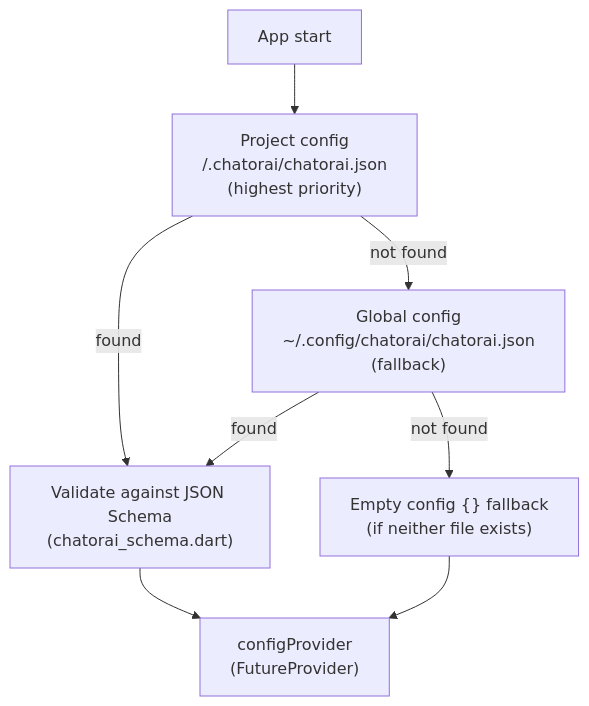
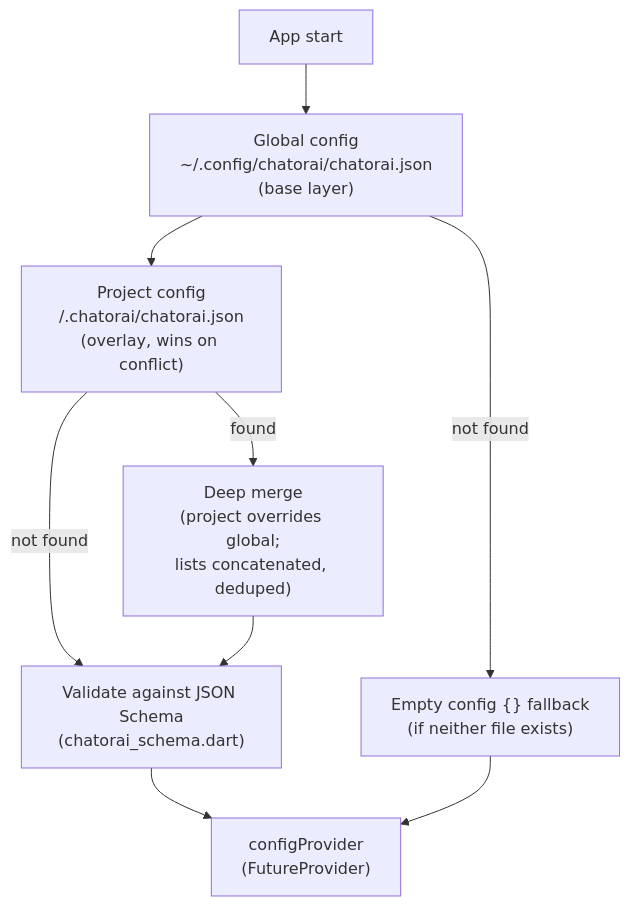
Before and after one commit to AmidVoshakul/chatorai: the fifth of 6 diagrams in docs/diagrams/architecture-overview.md, drawn with Mermaid. The commit also changed other lines of this file and 101 other files, not shown here.

````diff
--- a/docs/diagrams/architecture-overview.md
+++ b/docs/diagrams/architecture-overview.md
@@ -171,17 +171,19 @@
 ```mermaid
 graph TD
     start_["App start"]
-    project["Project config\n<project>/.chatorai/chatorai.json\n(highest priority)"]
-    global["Global config\n~/.config/chatorai/chatorai.json\n(fallback)"]
+    global["Global config\n~/.config/chatorai/chatorai.json\n(base layer)"]
+    project["Project config\n<project>/.chatorai/chatorai.json\n(overlay, wins on conflict)"]
+    merge["Deep merge\n(project overrides global;\nlists concatenated, deduped)"]
     schema["Validate against JSON Schema\n(chatorai_schema.dart)"]
     fallback["Empty config {} fallback\n(if neither file exists)"]
     providers_["configProvider\n(FutureProvider<ChatOrAIConfig>)"]
 
-    start_ --> project
-    project -->|"found"| schema
-    project -->|"not found"| global
-    global -->|"found"| schema
+    start_ --> global
+    global --> project
+    project -->|"found"| merge
+    project -->|"not found"| schema
     global -->|"not found"| fallback
+    merge --> schema
     schema --> providers_
     fallback --> providers_
 ```
````
